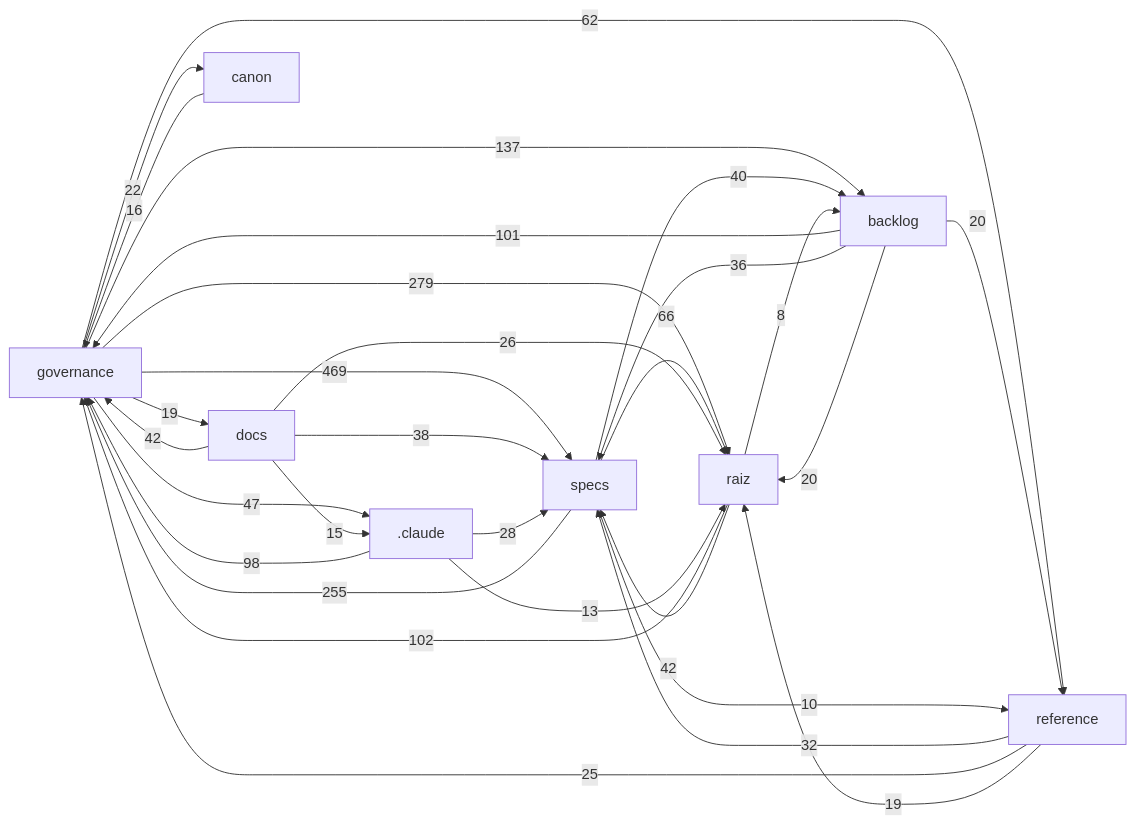
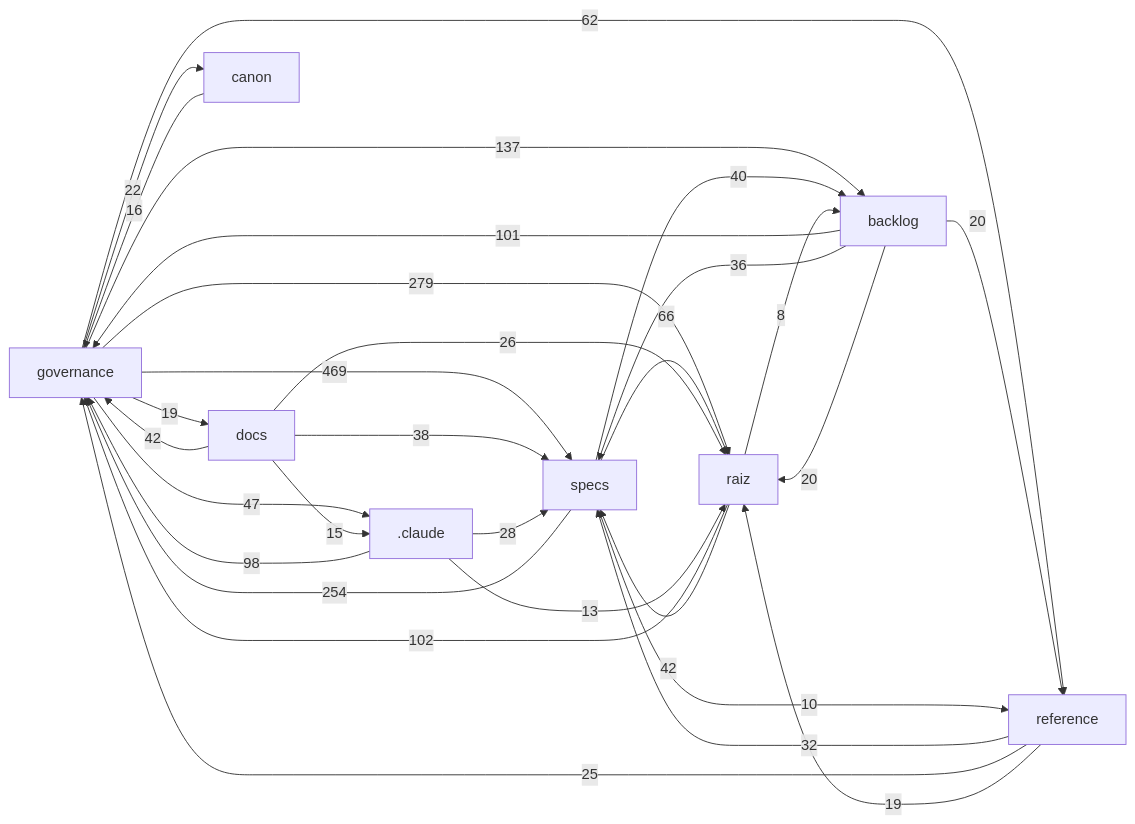
Before and after one commit to Andraus35/Sistema-Operacional-de-Trading--SOT: the diagram in docs/mapa/MAPA-PROJETO.md, drawn with Mermaid. The commit also changed other lines of this file and 3 other files, not shown here.

````diff
--- a/docs/mapa/MAPA-PROJETO.md
+++ b/docs/mapa/MAPA-PROJETO.md
@@ -29,32 +29,32 @@
 ```mermaid
 flowchart LR
   governance["governance"] -->|469| specs["specs"]
   governance["governance"] -->|279| raiz["raiz"]
-  specs["specs"] -->|255| governance["governance"]
+  specs["specs"] -->|254| governance["governance"]
   governance["governance"] -->|137| backlog["backlog"]
   raiz["raiz"] -->|102| governance["governance"]
   backlog["backlog"] -->|101| governance["governance"]
   _claude[".claude"] -->|98| governance["governance"]
   specs["specs"] -->|66| raiz["raiz"]
   governance["governance"] -->|62| reference["reference"]
   governance["governance"] -->|47| _claude[".claude"]
   raiz["raiz"] -->|42| specs["specs"]
   docs["docs"] -->|42| governance["governance"]
   specs["specs"] -->|40| backlog["backlog"]
   docs["docs"] -->|38| specs["specs"]
   backlog["backlog"] -->|36| specs["specs"]
   reference["reference"] -->|32| specs["specs"]
   _claude[".claude"] -->|28| specs["specs"]
   docs["docs"] -->|26| raiz["raiz"]
   reference["reference"] -->|25| governance["governance"]
   governance["governance"] -->|22| canon["canon"]
   backlog["backlog"] -->|20| raiz["raiz"]
   backlog["backlog"] -->|20| reference["reference"]
   governance["governance"] -->|19| docs["docs"]
   reference["reference"] -->|19| raiz["raiz"]
   canon["canon"] -->|16| governance["governance"]
   docs["docs"] -->|15| _claude[".claude"]
   _claude[".claude"] -->|13| raiz["raiz"]
   specs["specs"] -->|10| reference["reference"]
   raiz["raiz"] -->|8| backlog["backlog"]
 ```
````
